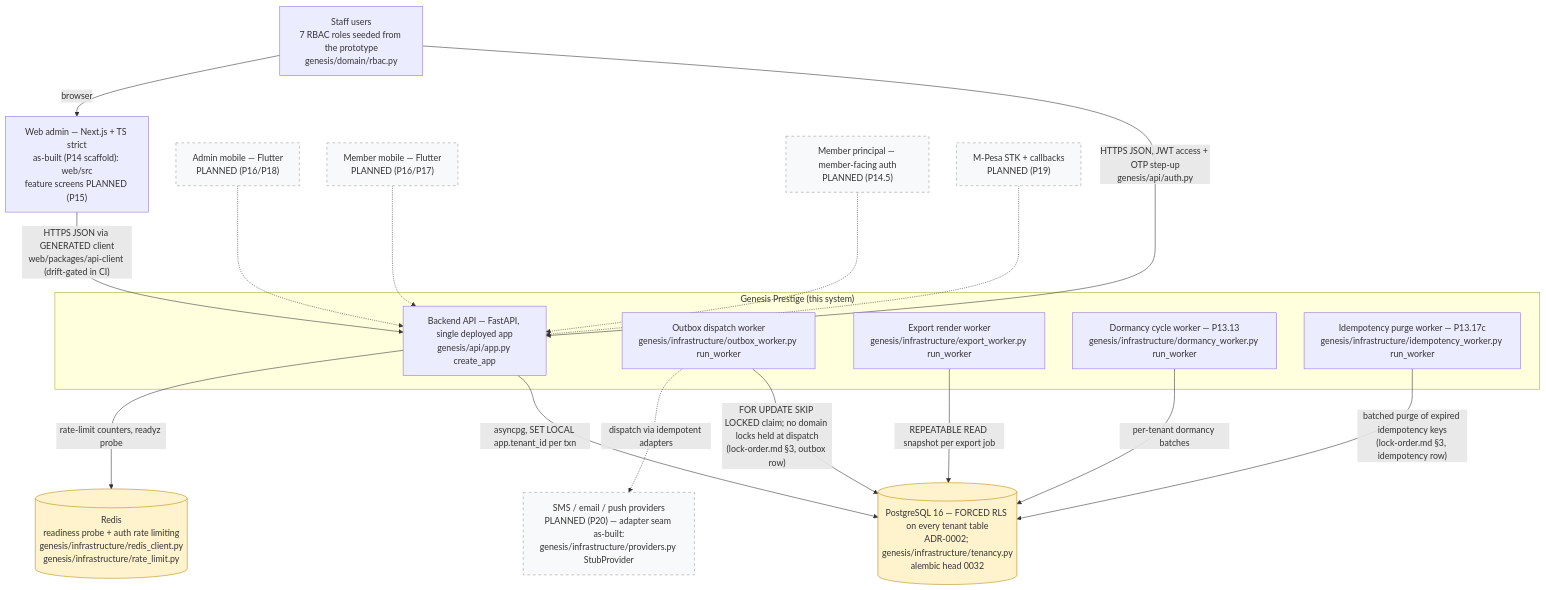
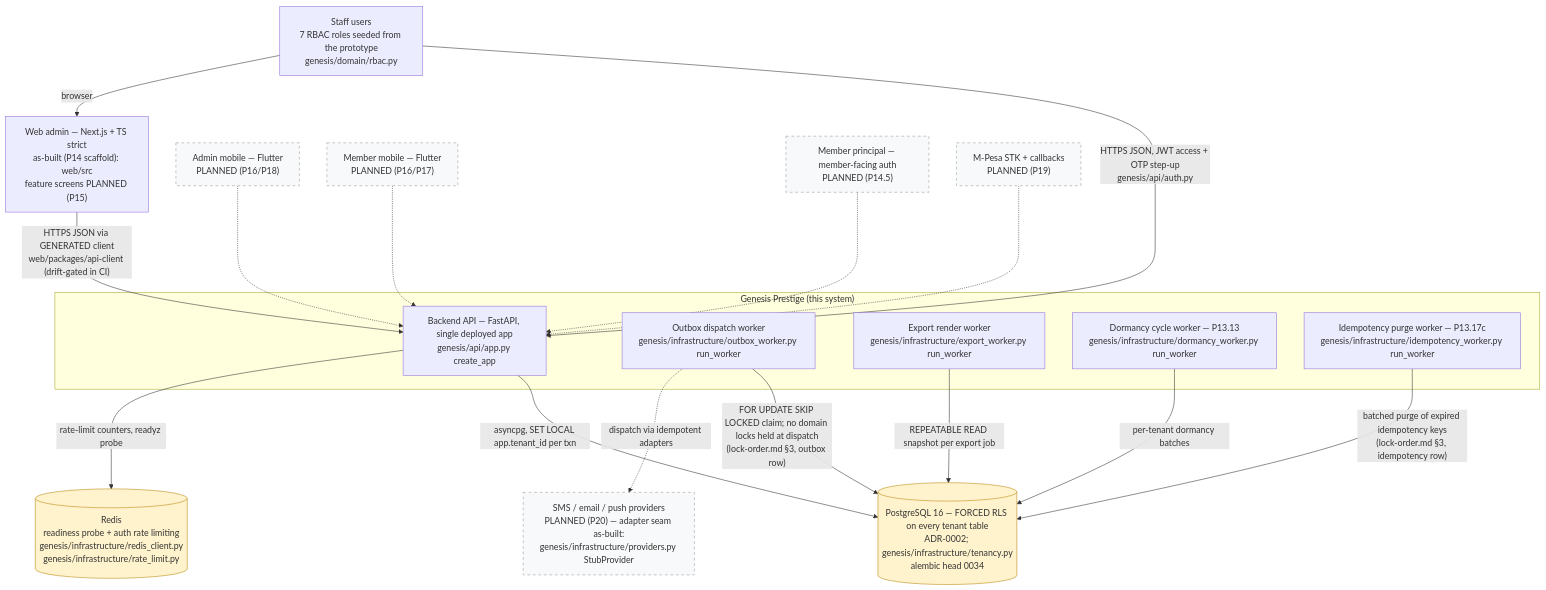
One commit to Benson-Kim/genesis-sacco changed the diagram in docs/diagrams/c4-context.md. Above: the diagram before and after it, drawn with Mermaid. The commit also changed other lines of this file and 4 other files, not shown here.

First line of the commit message:
docs(diagrams): C4 as-built refresh — migration head 0034, P13.10 report builders on diagram 11 (!38 R3)

````diff
--- a/docs/diagrams/c4-context.md
+++ b/docs/diagrams/c4-context.md
@@ -28,46 +31,46 @@
 ```mermaid
 flowchart TB
     %% Authored against main @ 08541b860f1445b16c342c39b6606d86b9dbeb17
     %% L1 context — as-built boxes cite genesis modules; dashed = PLANNED (Pn).
 
     STAFF["Staff users<br/>7 RBAC roles seeded from the prototype<br/>genesis/domain/rbac.py"]
 
     subgraph SYS["Genesis Prestige (this system)"]
         API["Backend API — FastAPI, single deployed app<br/>genesis/api/app.py create_app"]
         OBW["Outbox dispatch worker<br/>genesis/infrastructure/outbox_worker.py run_worker"]
         EXW["Export render worker<br/>genesis/infrastructure/export_worker.py run_worker"]
         DMW["Dormancy cycle worker — P13.13<br/>genesis/infrastructure/dormancy_worker.py run_worker"]
         IDW["Idempotency purge worker — P13.17c<br/>genesis/infrastructure/idempotency_worker.py run_worker"]
     end
 
-    PG[("PostgreSQL 16 — FORCED RLS on every tenant table<br/>ADR-0002; genesis/infrastructure/tenancy.py<br/>alembic head 0032")]
+    PG[("PostgreSQL 16 — FORCED RLS on every tenant table<br/>ADR-0002; genesis/infrastructure/tenancy.py<br/>alembic head 0034")]
     RD[("Redis<br/>readiness probe + auth rate limiting<br/>genesis/infrastructure/redis_client.py<br/>genesis/infrastructure/rate_limit.py")]
 
     WEB["Web admin — Next.js + TS strict<br/>as-built (P14 scaffold): web/src<br/>feature screens PLANNED (P15)"]
     ADM["Admin mobile — Flutter<br/>PLANNED (P16/P18)"]
     MEM["Member mobile — Flutter<br/>PLANNED (P16/P17)"]
     MPR["Member principal — member-facing auth<br/>PLANNED (P14.5)"]
     MPESA["M-Pesa STK + callbacks<br/>PLANNED (P19)"]
     PROV["SMS / email / push providers<br/>PLANNED (P20) — adapter seam as-built:<br/>genesis/infrastructure/providers.py StubProvider"]
 
     STAFF -->|"HTTPS JSON, JWT access + OTP step-up<br/>genesis/api/auth.py"| API
     API -->|"asyncpg, SET LOCAL app.tenant_id per txn"| PG
     API -->|"rate-limit counters, readyz probe"| RD
     OBW -->|"FOR UPDATE SKIP LOCKED claim; no domain locks held at dispatch<br/>(lock-order.md §3, outbox row)"| PG
     EXW -->|"REPEATABLE READ snapshot per export job"| PG
     DMW -->|"per-tenant dormancy batches"| PG
     IDW -->|"batched purge of expired idempotency keys<br/>(lock-order.md §3, idempotency row)"| PG
     OBW -.->|"dispatch via idempotent adapters"| PROV
 
     STAFF -->|"browser"| WEB
     WEB -->|"HTTPS JSON via GENERATED client<br/>web/packages/api-client (drift-gated in CI)"| API
     ADM -.-> API
     MEM -.-> API
     MPR -.-> API
     MPESA -.-> API
 
     classDef planned fill:#f8f9fa,stroke:#999,stroke-dasharray: 5 5;
     class ADM,MEM,MPR,MPESA,PROV planned;
     classDef store fill:#fff3cd,stroke:#b8860b;
     class PG,RD store;
 ```
````
